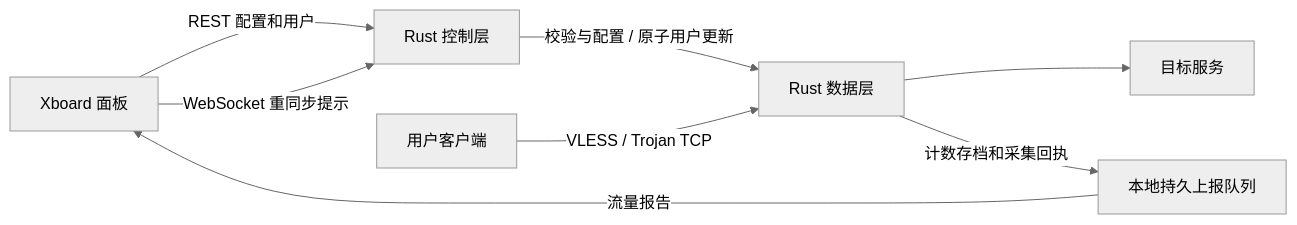
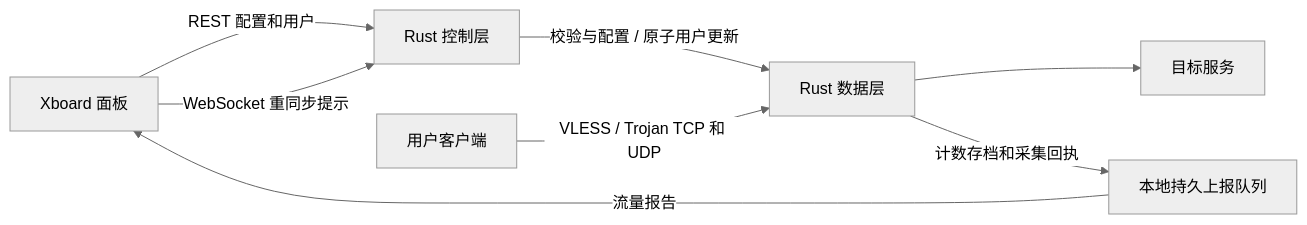
Before and after one commit to kejixiaoqi666/xboard-node-rust: the diagram in README.md, drawn with Mermaid (neutral theme). The commit also changed other lines of this file and 16 other files, not shown here.

````diff
--- a/README.md
+++ b/README.md
@@ -18,10 +18,10 @@
 ```mermaid
 flowchart LR
   P[Xboard 面板] -->|REST 配置和用户| C[Rust 控制层]
   P -->|WebSocket 重同步提示| C
   C -->|校验与配置 / 原子用户更新| N[Rust 数据层]
-  U[用户客户端] -->|VLESS / Trojan TCP| N
+  U[用户客户端] -->|VLESS / Trojan TCP 和 UDP| N
   N --> T[目标服务]
   N -->|计数存档和采集回执| Q[本地持久上报队列]
   Q -->|流量报告| P
 ```
````
